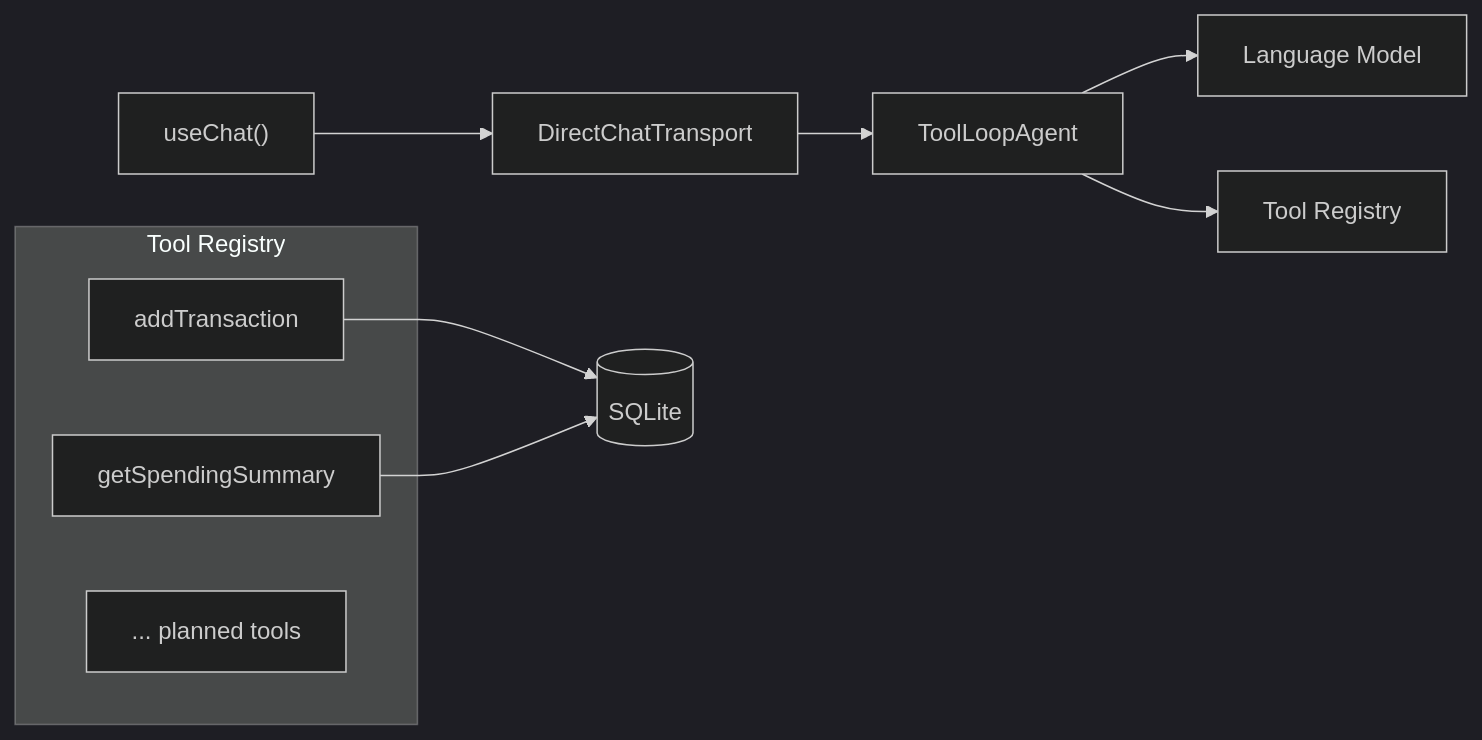
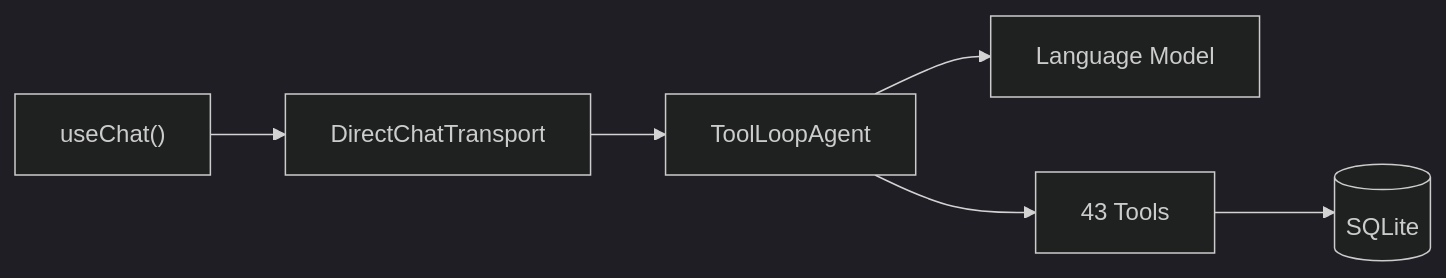
One commit to g0dxn4/Shikin changed the diagram in docs/reference/AI-TOOLS.md. Above: the diagram before and after it, drawn with Mermaid (dark theme). The commit also changed other lines of this file and 4 other files, not shown here.

````diff
--- a/docs/reference/AI-TOOLS.md
+++ b/docs/reference/AI-TOOLS.md
@@ -19,16 +11,8 @@
 ```mermaid
 graph LR
     useChat["useChat()"] --> DCT[DirectChatTransport]
     DCT --> TLA[ToolLoopAgent]
     TLA --> Model[Language Model]
-    TLA --> Tools[Tool Registry]
-
-    subgraph "Tool Registry"
-        AT[addTransaction]
-        GSS[getSpendingSummary]
-        Future["... planned tools"]
-    end
-
-    AT --> DB[(SQLite)]
-    GSS --> DB
+    TLA --> Tools["43 Tools"]
+    Tools --> DB[(SQLite)]
 ```
````
